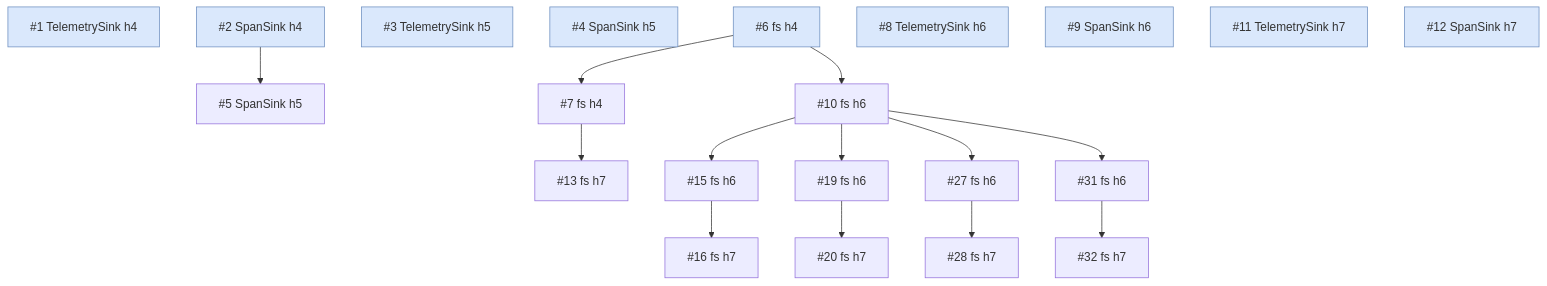
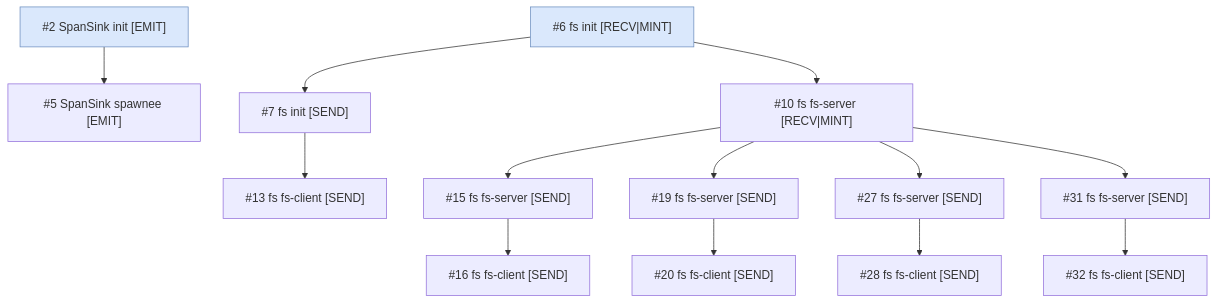
The diagram in docs/generated/caps.md (chloebrett/snitchos), drawn with Mermaid before and after one commit. The commit also changed other lines of this file and 8 other files, not shown here.

Commit message:
Diagram pngs.

````diff
--- a/docs/generated/caps.md
+++ b/docs/generated/caps.md
@@ -5,38 +7,31 @@
 ```mermaid
 graph TD
-    cap1["#1 TelemetrySink h4"]
-    cap2["#2 SpanSink h4"]
-    cap3["#3 TelemetrySink h5"]
-    cap4["#4 SpanSink h5"]
-    cap5["#5 SpanSink h5"]
-    cap6["#6 fs h4"]
-    cap7["#7 fs h4"]
-    cap8["#8 TelemetrySink h6"]
-    cap9["#9 SpanSink h6"]
-    cap10["#10 fs h6"]
-    cap11["#11 TelemetrySink h7"]
-    cap12["#12 SpanSink h7"]
-    cap13["#13 fs h7"]
-    cap15["#15 fs h6"]
-    cap16["#16 fs h7"]
-    cap19["#19 fs h6"]
-    cap20["#20 fs h7"]
-    cap27["#27 fs h6"]
-    cap28["#28 fs h7"]
-    cap31["#31 fs h6"]
-    cap32["#32 fs h7"]
+    cap2["#2 SpanSink init [EMIT]"]
+    cap5["#5 SpanSink spawnee [EMIT]"]
+    cap6["#6 fs init [RECV|MINT]"]
+    cap7["#7 fs init [SEND]"]
+    cap10["#10 fs fs-server [RECV|MINT]"]
+    cap13["#13 fs fs-client [SEND]"]
+    cap15["#15 fs fs-server [SEND]"]
+    cap16["#16 fs fs-client [SEND]"]
+    cap19["#19 fs fs-server [SEND]"]
+    cap20["#20 fs fs-client [SEND]"]
+    cap27["#27 fs fs-server [SEND]"]
+    cap28["#28 fs fs-client [SEND]"]
+    cap31["#31 fs fs-server [SEND]"]
+    cap32["#32 fs fs-client [SEND]"]
     cap2 --> cap5
     cap6 --> cap7
     cap6 --> cap10
     cap7 --> cap13
     cap10 --> cap15
     cap15 --> cap16
     cap10 --> cap19
     cap19 --> cap20
     cap10 --> cap27
     cap27 --> cap28
     cap10 --> cap31
     cap31 --> cap32
     classDef root fill:#dae8fc,stroke:#6c8ebf;
-    class cap1,cap2,cap3,cap4,cap6,cap8,cap9,cap11,cap12 root;
+    class cap2,cap6 root;
 ```
````
